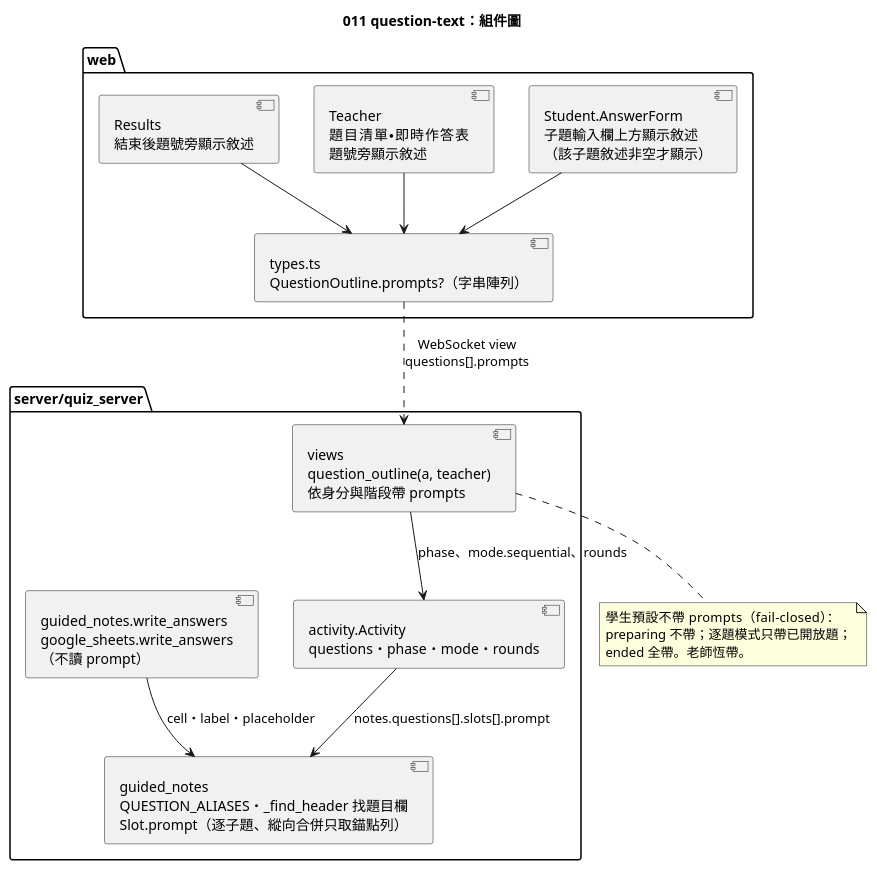
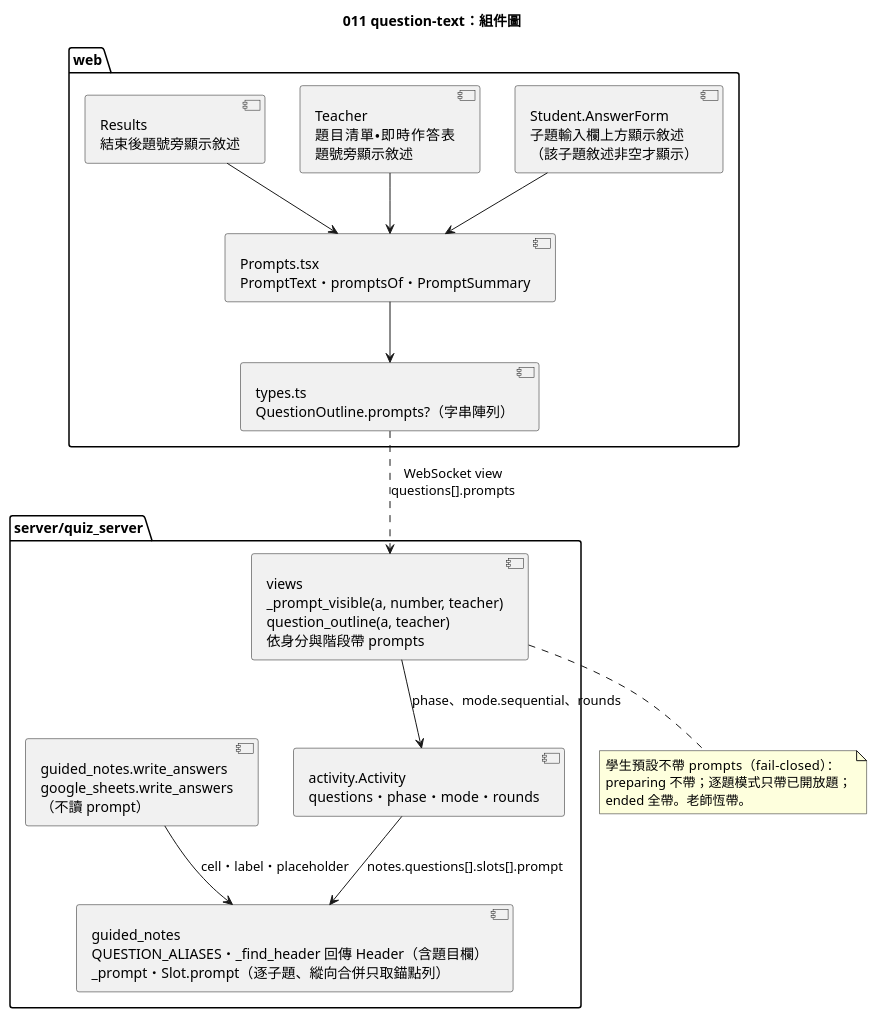
The diagram in diagrams/011-question-text-component.puml (yue083139/software_fin-speckit), drawn with PlantUML before and after one commit. The commit also changed 30 other files, not shown here.

First line of the commit message:
feat(server,web): [CORE] 011-question-text v1.1——匯入題目敘述，搶答開始後顯示給學生

```diff
--- a/diagrams/011-question-text-component.puml
+++ b/diagrams/011-question-text-component.puml
@@ -1,30 +1,32 @@
 @startuml 011-question-text-component
 title 011 question-text：組件圖
 
 package "web" {
   [Student.AnswerForm\n子題輸入欄上方顯示敘述\n（該子題敘述非空才顯示）] as AF
   [Teacher\n題目清單・即時作答表\n題號旁顯示敘述] as TP
   [Results\n結束後題號旁顯示敘述] as RS
+  [Prompts.tsx\nPromptText・promptsOf・PromptSummary] as Pr
   [types.ts\nQuestionOutline.prompts?（字串陣列）] as Ty
 }
 
 package "server/quiz_server" {
-  [guided_notes\nQUESTION_ALIASES・_find_header 找題目欄\nSlot.prompt（逐子題、縱向合併只取錨點列）] as Notes
-  [views\nquestion_outline(a, teacher)\n依身分與階段帶 prompts] as Views
+  [guided_notes\nQUESTION_ALIASES・_find_header 回傳 Header（含題目欄）\n_prompt・Slot.prompt（逐子題、縱向合併只取錨點列）] as Notes
+  [views\n_prompt_visible(a, number, teacher)\nquestion_outline(a, teacher)\n依身分與階段帶 prompts] as Views
   [activity.Activity\nquestions・phase・mode・rounds] as Act
   [guided_notes.write_answers\ngoogle_sheets.write_answers\n（不讀 prompt）] as WB
 }
 
-AF --> Ty
-TP --> Ty
-RS --> Ty
+AF --> Pr
+TP --> Pr
+RS --> Pr
+Pr --> Ty
 Ty ..> Views : WebSocket view\nquestions[].prompts
 Views --> Act : phase、mode.sequential、rounds
 Act --> Notes : notes.questions[].slots[].prompt
 WB --> Notes : cell・label・placeholder
 note bottom of Views
   學生預設不帶 prompts（fail-closed）：
   preparing 不帶；逐題模式只帶已開放題；
   ended 全帶。老師恆帶。
 end note
 @enduml
```
